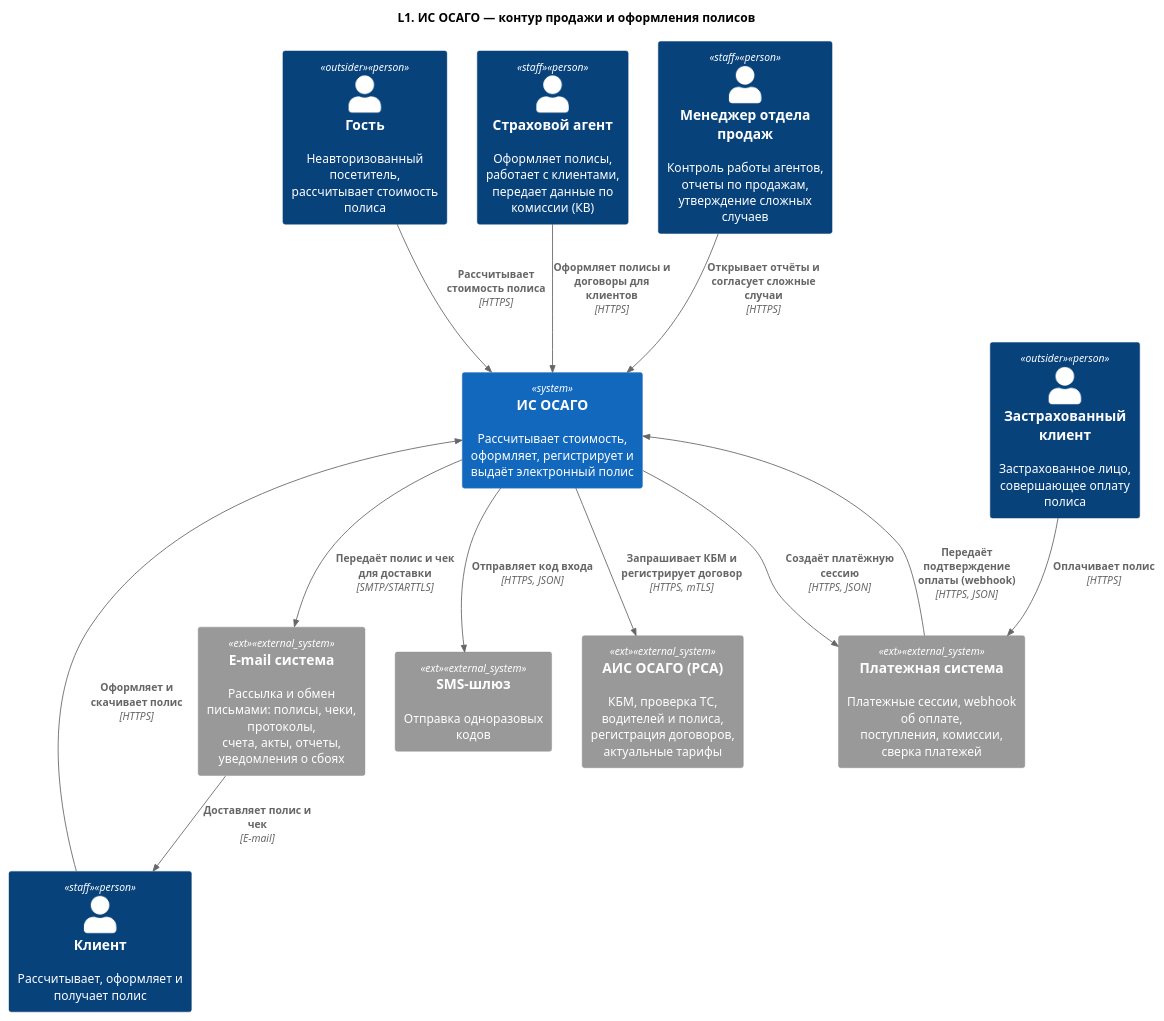
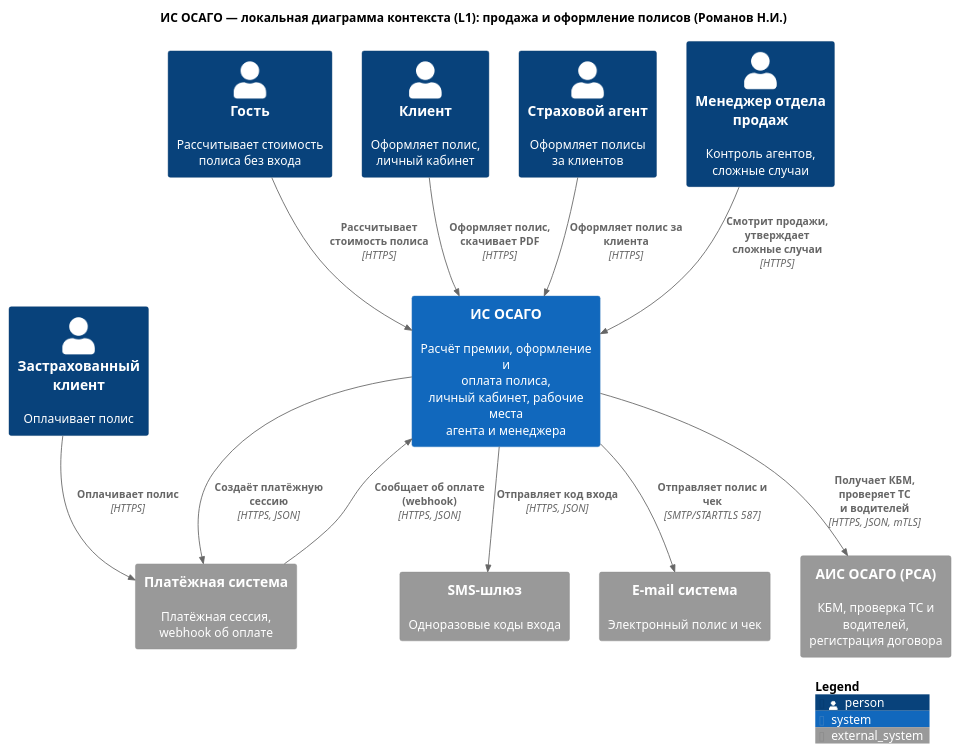
One commit to ElectricLight-ELO/Insurance-system changed the diagram in architecture/src/romanov_webapp/L1_context.puml. Above: the diagram before and after it, drawn with PlantUML.

```diff
--- a/architecture/src/romanov_webapp/L1_context.puml
+++ b/architecture/src/romanov_webapp/L1_context.puml
@@ -1,25 +1,32 @@
 @startuml
 !include ../core/C4_Context.puml
-title L1. ИС ОСАГО — контур продажи и оформления полисов
-Person(guest, "Гость", "Неавторизованный посетитель,\nрассчитывает стоимость полиса", $tags="outsider")
-Person(client, "Клиент", "Рассчитывает, оформляет и получает полис", $tags="staff")
-Person(payer, "Застрахованный клиент", "Застрахованное лицо,\nсовершающее оплату полиса", $tags="outsider")
-Person(agent, "Страховой агент", "Оформляет полисы, работает с клиентами,\nпередает данные по комиссии (КВ)", $tags="staff")
-Person(manager, "Менеджер отдела продаж", "Контроль работы агентов,\nотчеты по продажам, утверждение сложных случаев", $tags="staff")
-System(osago, "ИС ОСАГО", "Рассчитывает стоимость, оформляет, регистрирует и выдаёт электронный полис")
-System_Ext(sms_sys, "SMS-шлюз", "Отправка одноразовых кодов", $tags="ext")
-System_Ext(ais_osago, "АИС ОСАГО (РСА)", "КБМ, проверка ТС, водителей и полиса,\nрегистрация договоров, актуальные тарифы", $tags="ext")
-System_Ext(payment_sys, "Платежная система", "Платежные сессии, webhook об оплате,\nпоступления, комиссии, сверка платежей", $tags="ext")
-System_Ext(email_sys, "E-mail система", "Рассылка и обмен письмами: полисы, чеки, протоколы,\nсчета, акты, отчеты, уведомления о сбоях", $tags="ext")
+
+LAYOUT_TOP_DOWN()
+title ИС ОСАГО — локальная диаграмма контекста (L1): продажа и оформление полисов (Романов Н.И.)
+
+Person(guest, "Гость", "Рассчитывает стоимость\nполиса без входа", $tags="outsider")
+Person(client, "Клиент", "Оформляет полис,\nличный кабинет", $tags="staff")
+Person(agent, "Страховой агент", "Оформляет полисы\nза клиентов", $tags="staff")
+Person(manager, "Менеджер отдела продаж", "Контроль агентов,\nсложные случаи", $tags="staff")
+Person(payer, "Застрахованный клиент", "Оплачивает полис", $tags="outsider")
+
+System(osago, "ИС ОСАГО", "Расчёт премии, оформление и\nоплата полиса,\nличный кабинет, рабочие места\nагента и менеджера", $tags="target")
+System_Ext(payment_sys, "Платёжная система", "Платёжная сессия,\nwebhook об оплате", $tags="ext")
+System_Ext(sms_sys, "SMS-шлюз", "Одноразовые коды входа", $tags="ext")
+System_Ext(email_sys, "E-mail система", "Электронный полис и чек", $tags="ext")
+System_Ext(ais_osago, "АИС ОСАГО (РСА)", "КБМ, проверка ТС и водителей,\nрегистрация договора", $tags="ext")
+
 Rel(guest, osago, "Рассчитывает стоимость полиса", "HTTPS")
-Rel(client, osago, "Оформляет и скачивает полис", "HTTPS")
-Rel(agent, osago, "Оформляет полисы и договоры для клиентов", "HTTPS")
-Rel(manager, osago, "Открывает отчёты и согласует сложные случаи", "HTTPS")
+Rel(client, osago, "Оформляет полис, скачивает PDF", "HTTPS")
+Rel(agent, osago, "Оформляет полис за клиента", "HTTPS")
+Rel(manager, osago, "Смотрит продажи, утверждает\nсложные случаи", "HTTPS")
+
 Rel(payer, payment_sys, "Оплачивает полис", "HTTPS")
 Rel(osago, payment_sys, "Создаёт платёжную сессию", "HTTPS, JSON")
-Rel(payment_sys, osago, "Передаёт подтверждение оплаты (webhook)", "HTTPS, JSON")
-Rel(osago, ais_osago, "Запрашивает КБМ и регистрирует договор", "HTTPS, mTLS")
+Rel(payment_sys, osago, "Сообщает об оплате (webhook)", "HTTPS, JSON")
 Rel(osago, sms_sys, "Отправляет код входа", "HTTPS, JSON")
-Rel(osago, email_sys, "Передаёт полис и чек для доставки", "SMTP/STARTTLS")
-Rel(email_sys, client, "Доставляет полис и чек", "E-mail")
+Rel(osago, email_sys, "Отправляет полис и чек", "SMTP/STARTTLS 587", $tags="async")
+Rel(osago, ais_osago, "Получает КБМ, проверяет ТС\nи водителей", "HTTPS, JSON, mTLS")
+
+SHOW_LEGEND()
 @enduml
```
